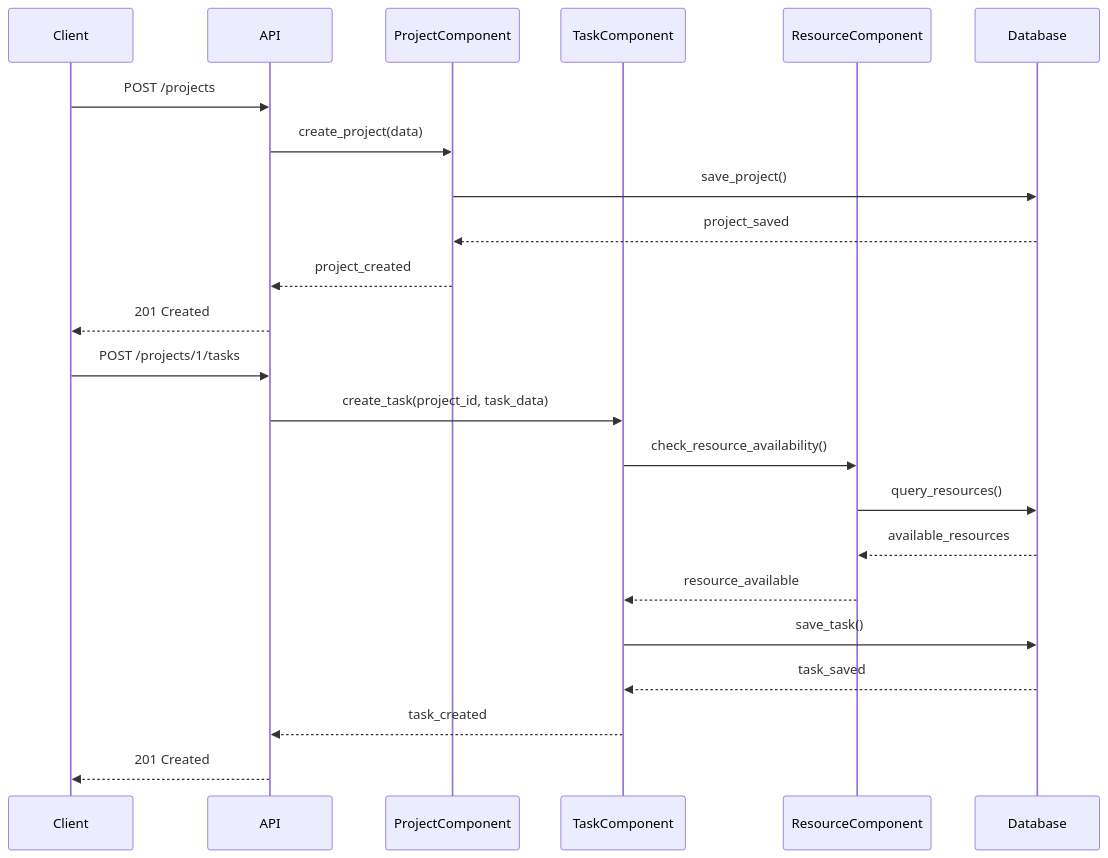
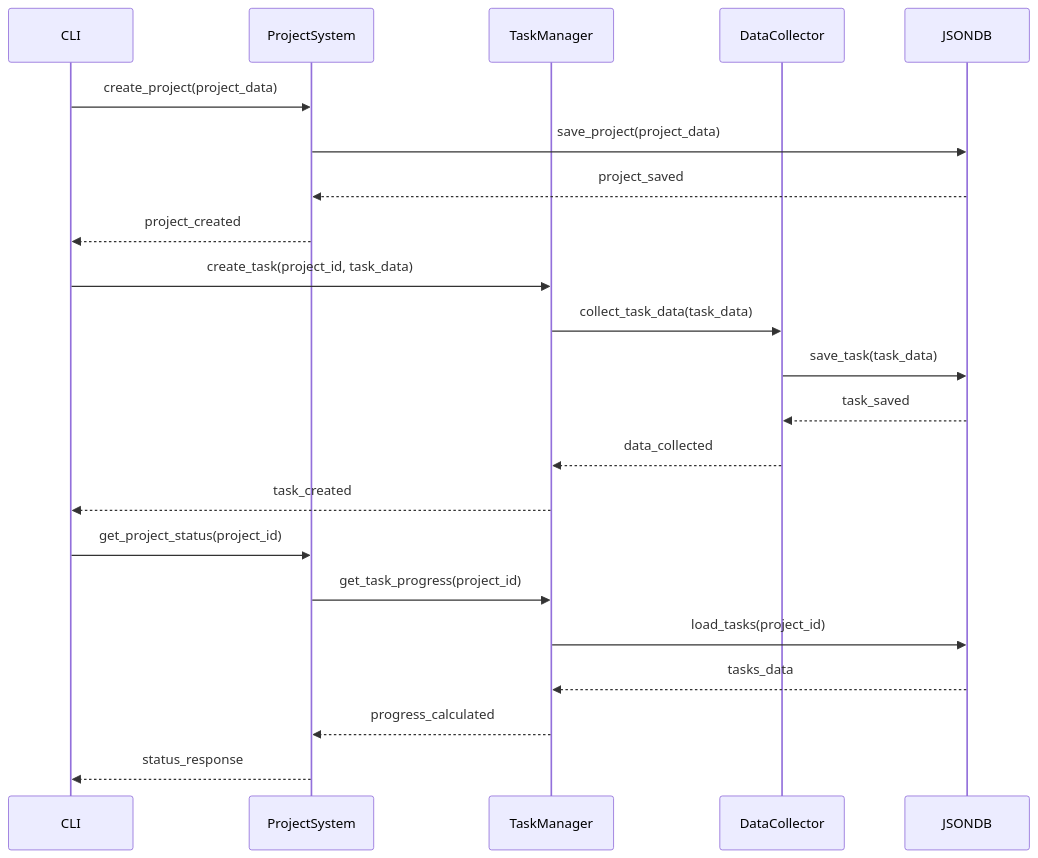
The eighth of 18 diagrams in Docs/Software_Engineering/Software_Architecture_Document.md (Shakour-Data/AutoProjectManagement), drawn with Mermaid before and after one commit. The commit also changed other lines of this file, not shown here.

````diff
--- a/Docs/Software_Engineering/Software_Architecture_Document.md
+++ b/Docs/Software_Engineering/Software_Architecture_Document.md
@@ -396,27 +385,27 @@
 ```mermaid
 sequenceDiagram
-    participant Client
-    participant API
-    participant ProjectComponent
-    participant TaskComponent
-    participant ResourceComponent
-    participant Database
+    participant CLI
+    participant ProjectSystem
+    participant TaskManager
+    participant DataCollector
+    participant JSONDB
     
-    Client->>API: POST /projects
-    API->>ProjectComponent: create_project(data)
-    ProjectComponent->>Database: save_project()
-    Database-->>ProjectComponent: project_saved
-    ProjectComponent-->>API: project_created
-    API-->>Client: 201 Created
+    CLI->>ProjectSystem: create_project(project_data)
+    ProjectSystem->>JSONDB: save_project(project_data)
+    JSONDB-->>ProjectSystem: project_saved
+    ProjectSystem-->>CLI: project_created
     
-    Client->>API: POST /projects/1/tasks
-    API->>TaskComponent: create_task(project_id, task_data)
-    TaskComponent->>ResourceComponent: check_resource_availability()
-    ResourceComponent->>Database: query_resources()
-    Database-->>ResourceComponent: available_resources
-    ResourceComponent-->>TaskComponent: resource_available
-    TaskComponent->>Database: save_task()
-    Database-->>TaskComponent: task_saved
-    TaskComponent-->>API: task_created
-    API-->>Client: 201 Created
+    CLI->>TaskManager: create_task(project_id, task_data)
+    TaskManager->>DataCollector: collect_task_data(task_data)
+    DataCollector->>JSONDB: save_task(task_data)
+    JSONDB-->>DataCollector: task_saved
+    DataCollector-->>TaskManager: data_collected
+    TaskManager-->>CLI: task_created
+    
+    CLI->>ProjectSystem: get_project_status(project_id)
+    ProjectSystem->>TaskManager: get_task_progress(project_id)
+    TaskManager->>JSONDB: load_tasks(project_id)
+    JSONDB-->>TaskManager: tasks_data
+    TaskManager-->>ProjectSystem: progress_calculated
+    ProjectSystem-->>CLI: status_response
 ```
````
